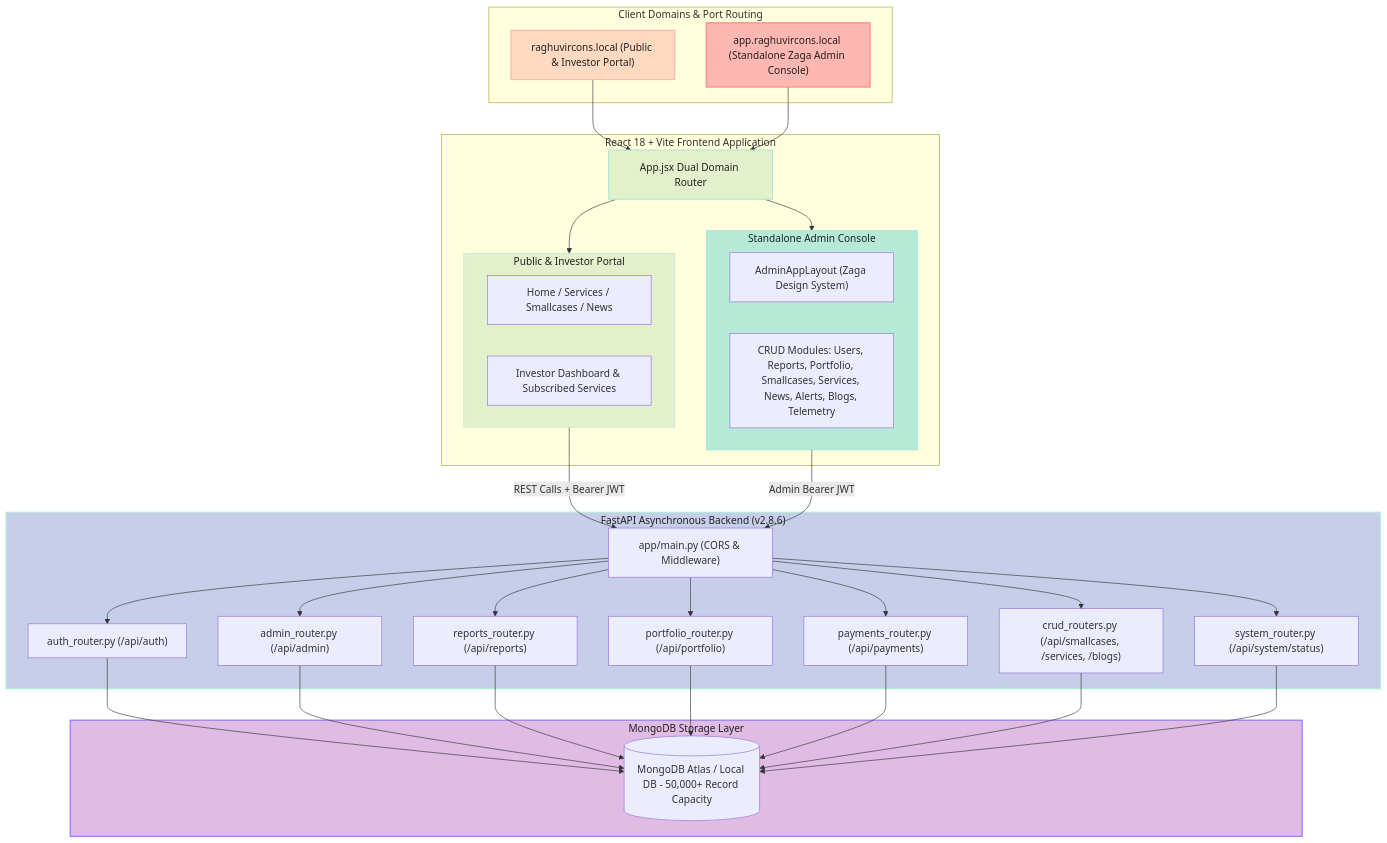
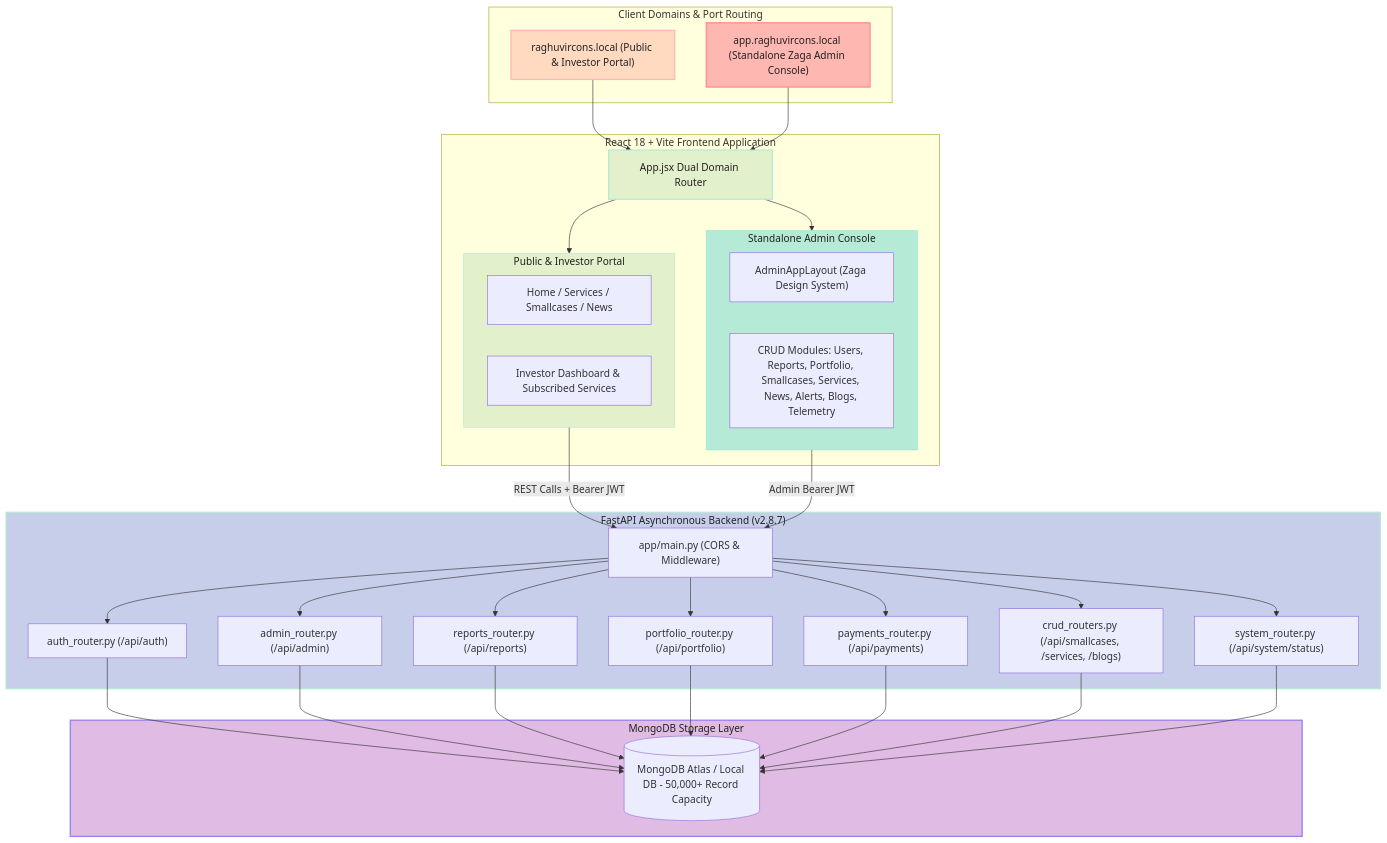
One commit to tejasrsuthar/investment-strategy-all-weather changed the first of 2 diagrams in backend/docs/ARCHITECTURE.md. Above: the diagram before and after it, drawn with Mermaid. The commit also changed other lines of this file and 9 other files, not shown here.

````diff
--- a/backend/docs/ARCHITECTURE.md
+++ b/backend/docs/ARCHITECTURE.md
@@ -14,70 +14,70 @@
 ```mermaid
 graph TD
     subgraph ClientDomains["Client Domains & Port Routing"]
         PublicDomain["raghuvircons.local (Public & Investor Portal)"]
         AdminDomain["app.raghuvircons.local (Standalone Zaga Admin Console)"]
     end
 
     subgraph ReactFrontend["React 18 + Vite Frontend Application"]
         AppRouter["App.jsx Dual Domain Router"]
         
         subgraph PublicPortal["Public & Investor Portal"]
           PublicViews["Home / Services / Smallcases / News"]
           InvestorPortal["Investor Dashboard & Subscribed Services"]
         end
 
         subgraph ZagaAdmin["Standalone Admin Console"]
           AdminLayout["AdminAppLayout (Zaga Design System)"]
           AdminModules["CRUD Modules: Users, Reports, Portfolio, Smallcases, Services, News, Alerts, Blogs, Telemetry"]
         end
       end
 
-    subgraph FastAPIServer["FastAPI Asynchronous Backend (v2.8.6)"]
+    subgraph FastAPIServer["FastAPI Asynchronous Backend (v2.8.7)"]
         API["app/main.py (CORS & Middleware)"]
         AuthRouter["auth_router.py (/api/auth)"]
         AdminRouter["admin_router.py (/api/admin)"]
         ReportsRouter["reports_router.py (/api/reports)"]
         PortfolioRouter["portfolio_router.py (/api/portfolio)"]
         PaymentsRouter["payments_router.py (/api/payments)"]
         CRUDRouters["crud_routers.py (/api/smallcases, /services, /blogs)"]
         SystemRouter["system_router.py (/api/system/status)"]
     end
 
     subgraph DataStore["MongoDB Storage Layer"]
         MongoDB[(MongoDB Atlas / Local DB - 50,000+ Record Capacity)]
     end
 
     PublicDomain --> AppRouter
     AdminDomain --> AppRouter
 
     AppRouter --> PublicPortal
     AppRouter --> ZagaAdmin
 
     PublicPortal -->|REST Calls + Bearer JWT| API
     ZagaAdmin -->|Admin Bearer JWT| API
 
     API --> AuthRouter
     API --> AdminRouter
     API --> ReportsRouter
     API --> PortfolioRouter
     API --> PaymentsRouter
     API --> CRUDRouters
     API --> SystemRouter
 
     AuthRouter --> MongoDB
     AdminRouter --> MongoDB
     ReportsRouter --> MongoDB
     PortfolioRouter --> MongoDB
     PaymentsRouter --> MongoDB
     CRUDRouters --> MongoDB
     SystemRouter --> MongoDB
 
     %% Pastel Color Palette Styling
     style PublicDomain fill:#FFDAC1,stroke:#FFB7B2,stroke-width:2px,color:#222;
     style AdminDomain fill:#FFB7B2,stroke:#FF8B94,stroke-width:2px,color:#222;
     style AppRouter fill:#E2F0CB,stroke:#B5EAD7,stroke-width:2px,color:#222;
     style PublicPortal fill:#E2F0CB,stroke:#B5EAD7,stroke-width:1px,color:#222;
     style ZagaAdmin fill:#B5EAD7,stroke:#93E1D8,stroke-width:1px,color:#222;
     style FastAPIServer fill:#C7CEEA,stroke:#B5EAD7,stroke-width:2px,color:#222;
     style DataStore fill:#E0BBE4,stroke:#957FEF,stroke-width:2px,color:#222;
 ```
````
